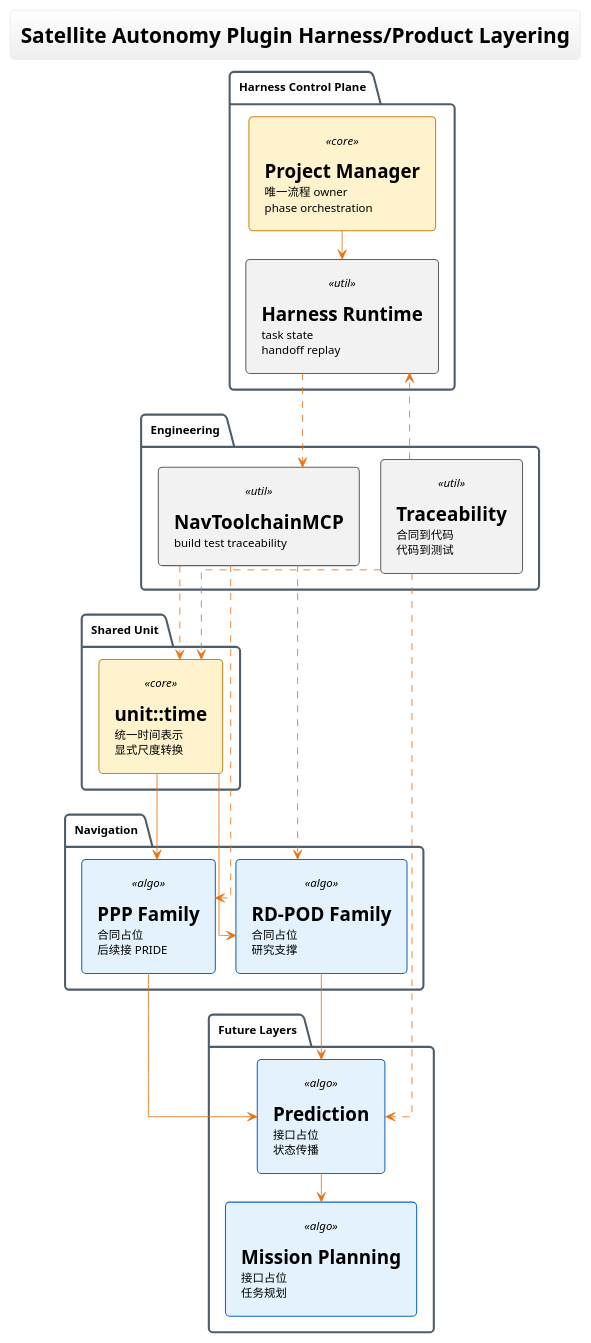
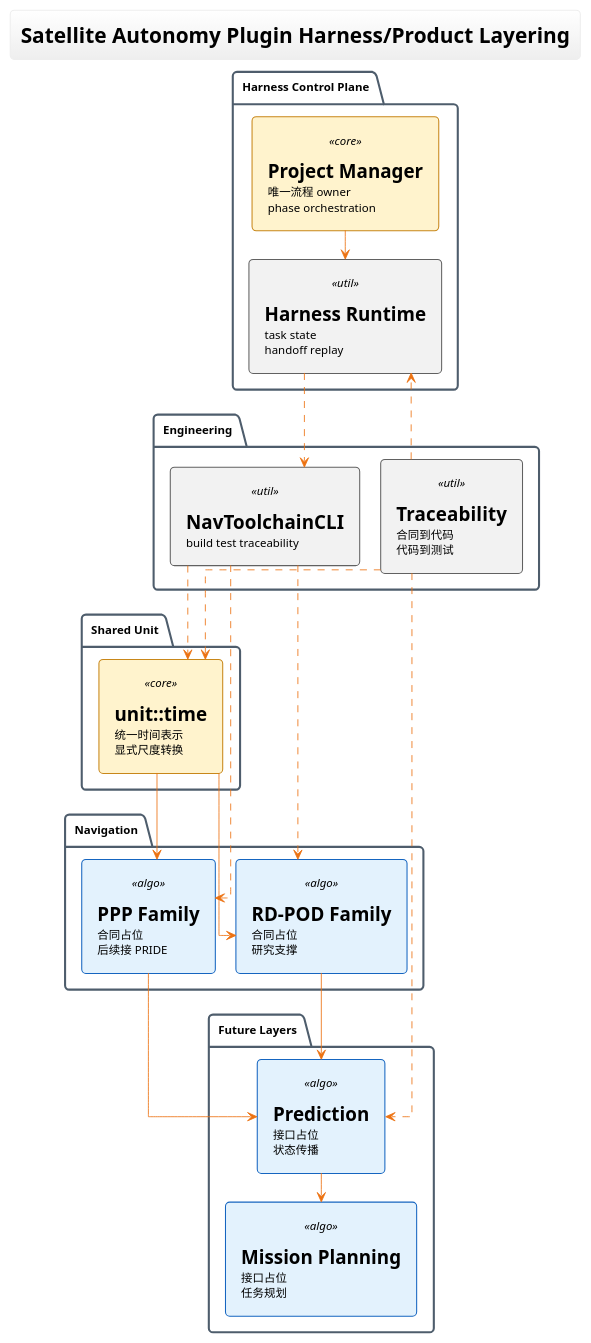
Before and after one commit to HotDryNoodle/statellite-autonomy: the diagram in docs/architecture/system_layers.puml, drawn with PlantUML. The commit also changed 59 other files, not shown here.

```diff
--- a/docs/architecture/system_layers.puml
+++ b/docs/architecture/system_layers.puml
@@ -1,69 +1,69 @@
 @startuml architecture
 !theme aws-orange
 
 skinparam componentStyle rectangle
 skinparam defaultFontSize 11
 skinparam defaultFontColor #000000
 skinparam componentFontColor #000000
 skinparam linetype ortho
 skinparam ArrowThickness 0.8
 skinparam LineThickness 0.8
 skinparam ranksep 28
 skinparam nodesep 20
 skinparam shadowing false
 skinparam DefaultTextAlignment left
 
 skinparam note {
   BackgroundColor #FFFFFF
   BorderColor #BBBBBB
   FontColor #444444
 }
 
 skinparam componentBackgroundColor<<core>> #FFF3CD
 skinparam componentBorderColor<<core>>     #C88719
 skinparam componentBackgroundColor<<algo>> #E3F2FD
 skinparam componentBorderColor<<algo>>     #1565C0
 skinparam componentBackgroundColor<<util>> #F2F2F2
 skinparam componentBorderColor<<util>>     #616161
 
 top to bottom direction
 title Satellite Autonomy Plugin Harness/Product Layering
 
 package "Harness Control Plane" {
   component "==<size:14><b>Project Manager</b></size>\n唯一流程 owner\nphase orchestration" <<core>> as PM
   component "==<size:14><b>Harness Runtime</b></size>\ntask state\nhandoff replay" <<util>> as Harness
 }
 
 package "Shared Unit" {
   component "==<size:14><b>unit::time</b></size>\n统一时间表示\n显式尺度转换" <<core>> as Time
 }
 
 package "Navigation" {
   component "==<size:14><b>PPP Family</b></size>\n合同占位\n后续接 PRIDE" <<algo>> as PPP
   component "==<size:14><b>RD-POD Family</b></size>\n合同占位\n研究支撑" <<algo>> as RDPOD
 }
 
 package "Future Layers" {
   component "==<size:14><b>Prediction</b></size>\n接口占位\n状态传播" <<algo>> as Prediction
   component "==<size:14><b>Mission Planning</b></size>\n接口占位\n任务规划" <<algo>> as Planning
 }
 
 package "Engineering" {
-  component "==<size:14><b>NavToolchainMCP</b></size>\nbuild test traceability" <<util>> as MCP
+  component "==<size:14><b>NavToolchainCLI</b></size>\nbuild test traceability" <<util>> as Toolchain
   component "==<size:14><b>Traceability</b></size>\n合同到代码\n代码到测试" <<util>> as Trace
 }
 
 PM --> Harness
-Harness ..> MCP
+Harness ..> Toolchain
 Time --> PPP
 Time --> RDPOD
 PPP --> Prediction
 RDPOD --> Prediction
 Prediction --> Planning
-MCP ..> Time
-MCP ..> PPP
-MCP ..> RDPOD
+Toolchain ..> Time
+Toolchain ..> PPP
+Toolchain ..> RDPOD
 Trace ..> Time
 Trace ..> Prediction
 Trace ..> Harness
 @enduml
```
